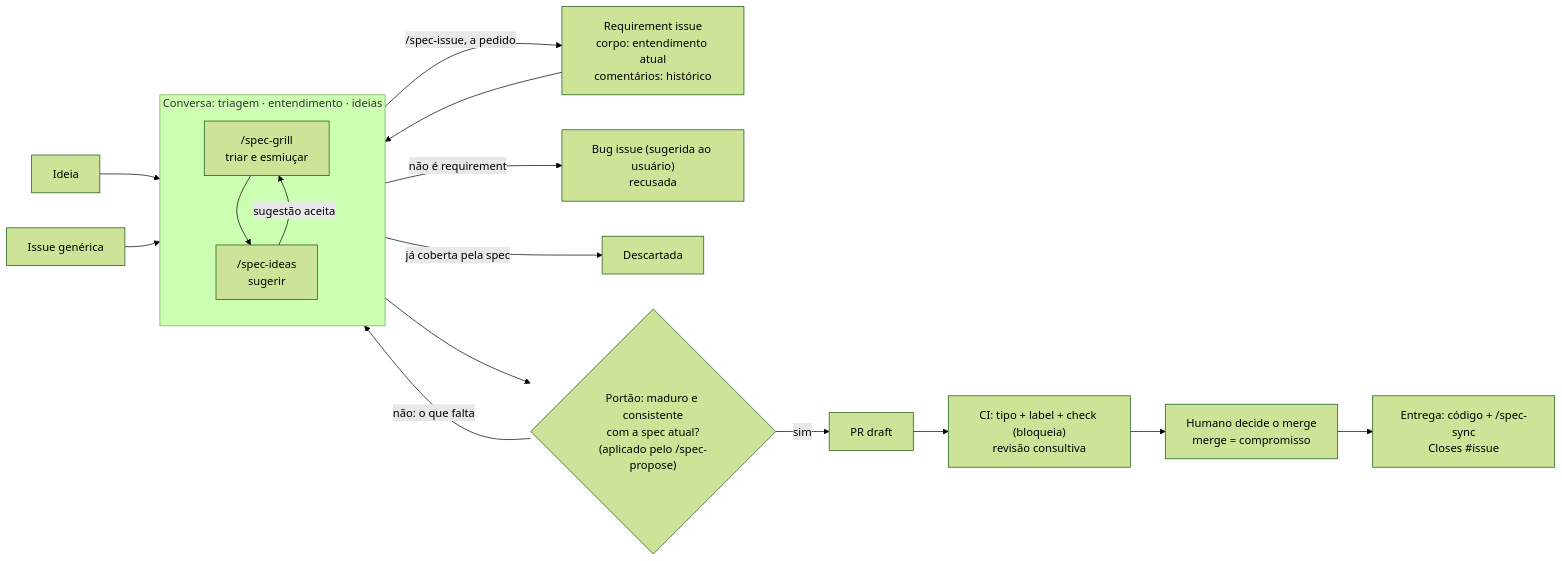
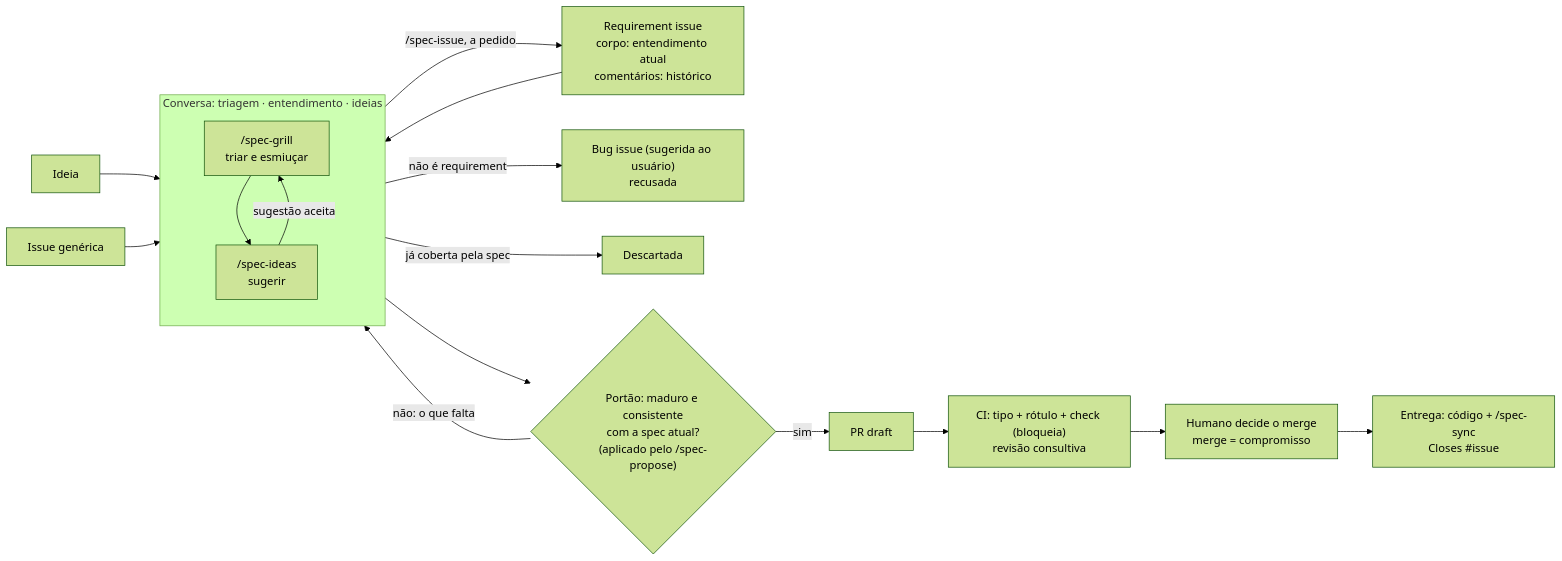
One commit to useful-toys/Tabularium changed the third of 4 diagrams in tabularium-docs/spec-flow.md. Above: the diagram before and after it, drawn with Mermaid (forest theme). The commit also changed other lines of this file and 4 other files, not shown here.

Commit message:
README e derivados: rótulo no lugar de label; proposta de qualquer tipo, inclusive editorial

````diff
--- a/tabularium-docs/spec-flow.md
+++ b/tabularium-docs/spec-flow.md
@@ -212,17 +212,17 @@
 ```mermaid
 flowchart LR
   ID["Ideia"] --> C
   IS["Issue genérica"] --> C
   RI["Requirement issue<br/>corpo: entendimento atual<br/>comentários: histórico"] --> C
   subgraph C["Conversa: triagem · entendimento · ideias"]
     G1["/spec-grill<br/>triar e esmiuçar"] --> D["/spec-ideas<br/>sugerir"]
     D -- sugestão aceita --> G1
   end
   C -- "/spec-issue, a pedido" --> RI
   C -- "não é requirement" --> B["Bug issue (sugerida ao usuário)<br/>recusada"]
   C -- "já coberta pela spec" --> X["Descartada"]
   C --> G{"Portão: maduro e consistente<br/>com a spec atual?<br/>(aplicado pelo /spec-propose)"}
   G -- "não: o que falta" --> C
   G -- sim --> P["PR draft"]
-  P --> R["CI: tipo + label + check (bloqueia)<br/>revisão consultiva"] --> A["Humano decide o merge<br/>merge = compromisso"] --> E["Entrega: código + /spec-sync<br/>Closes #issue"]
+  P --> R["CI: tipo + rótulo + check (bloqueia)<br/>revisão consultiva"] --> A["Humano decide o merge<br/>merge = compromisso"] --> E["Entrega: código + /spec-sync<br/>Closes #issue"]
 ```
````
